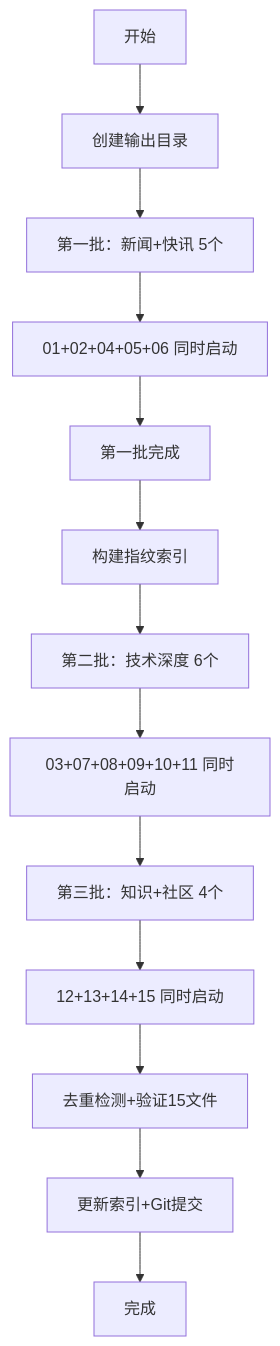
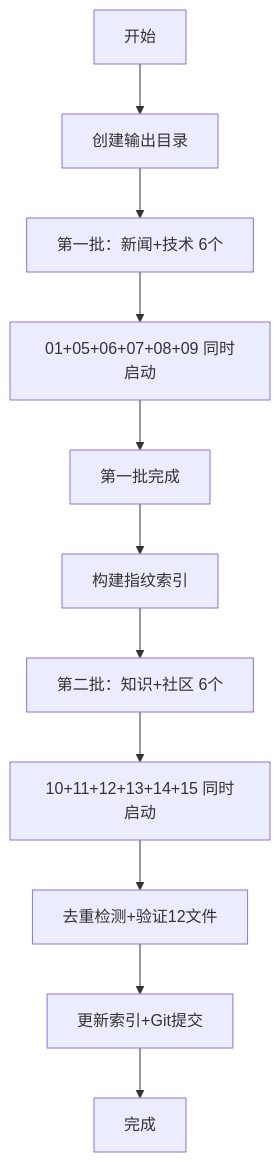
One commit to aicreatorai/myNews changed the diagram in task/并行新闻生成配置.md. Above: the diagram before and after it, drawn with Mermaid. The commit also changed other lines of this file and 1 other file, not shown here.

````diff
--- a/task/并行新闻生成配置.md
+++ b/task/并行新闻生成配置.md
@@ -48,15 +47,13 @@
 ```mermaid
 flowchart TD
     A[开始] --> B[创建输出目录]
-    B --> C1[第一批：新闻+快讯 5个]
-    C1 --> C2[01+02+04+05+06 同时启动]
+    B --> C1[第一批：新闻+技术 6个]
+    C1 --> C2[01+05+06+07+08+09 同时启动]
     C2 --> D[第一批完成]
     D --> D1[构建指纹索引]
-    D1 --> E[第二批：技术深度 6个]
-    E --> F[03+07+08+09+10+11 同时启动]
-    F --> G[第三批：知识+社区 4个]
-    G --> H[12+13+14+15 同时启动]
-    H --> I[去重检测+验证15文件]
-    I --> J[更新索引+Git提交]
-    J --> K[完成]
+    D1 --> E[第二批：知识+社区 6个]
+    E --> F[10+11+12+13+14+15 同时启动]
+    F --> G[去重检测+验证12文件]
+    G --> H[更新索引+Git提交]
+    H --> I[完成]
 ```
````
